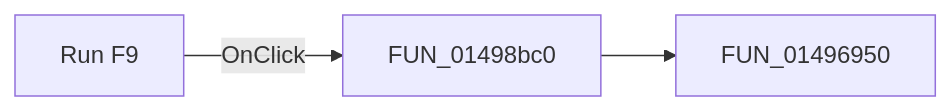
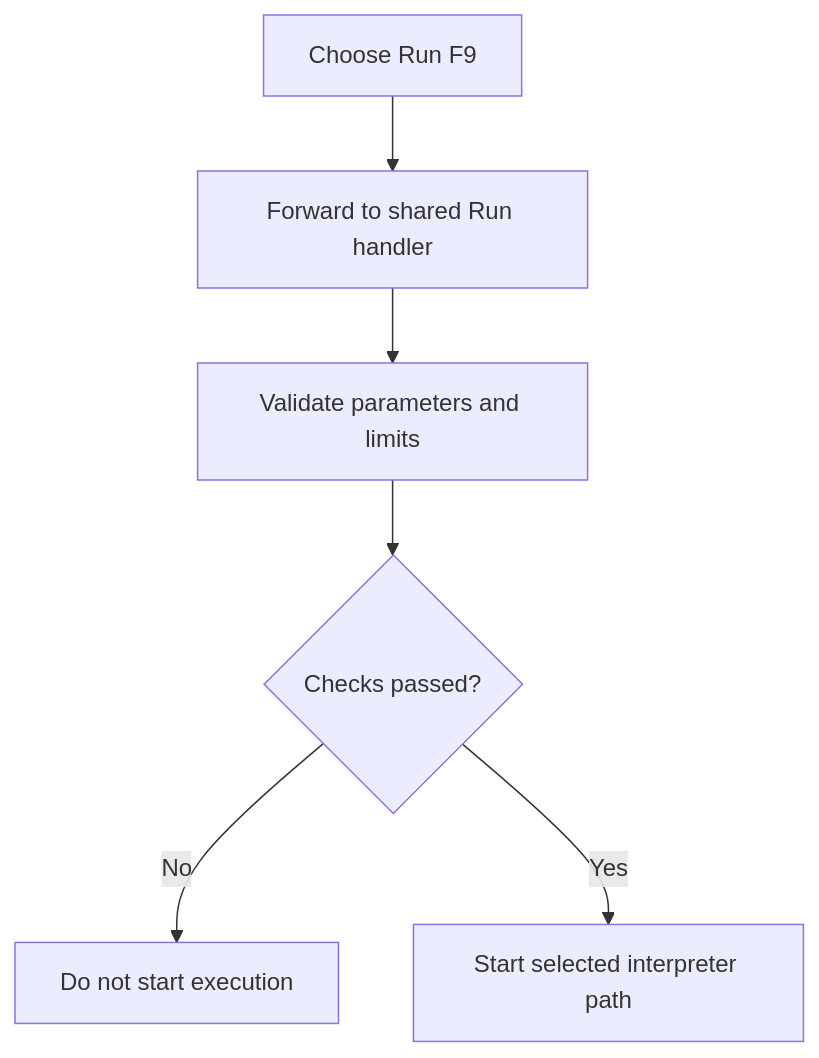
Before and after one commit to MovGP0/TIARA: the diagram in docs/ui-controls/frmdesigntool/runf91-afcf75c895.md, drawn with Mermaid. The commit also changed other lines of this file and 387 other files, not shown here.

````diff
--- a/docs/ui-controls/frmdesigntool/runf91-afcf75c895.md
+++ b/docs/ui-controls/frmdesigntool/runf91-afcf75c895.md
@@ -27,5 +27,8 @@
 ```mermaid
-flowchart LR
-    control["Run F9"] -->|OnClick| handler["FUN_01498bc0"]
-    handler --> call1["FUN_01496950"]
+flowchart TD
+    click["Choose Run F9"] --> forward["Forward to shared Run handler"]
+    forward --> validate["Validate parameters and limits"]
+    validate --> valid{"Checks passed?"}
+    valid -->|No| stop["Do not start execution"]
+    valid -->|Yes| run["Start selected interpreter path"]
 ```
````
